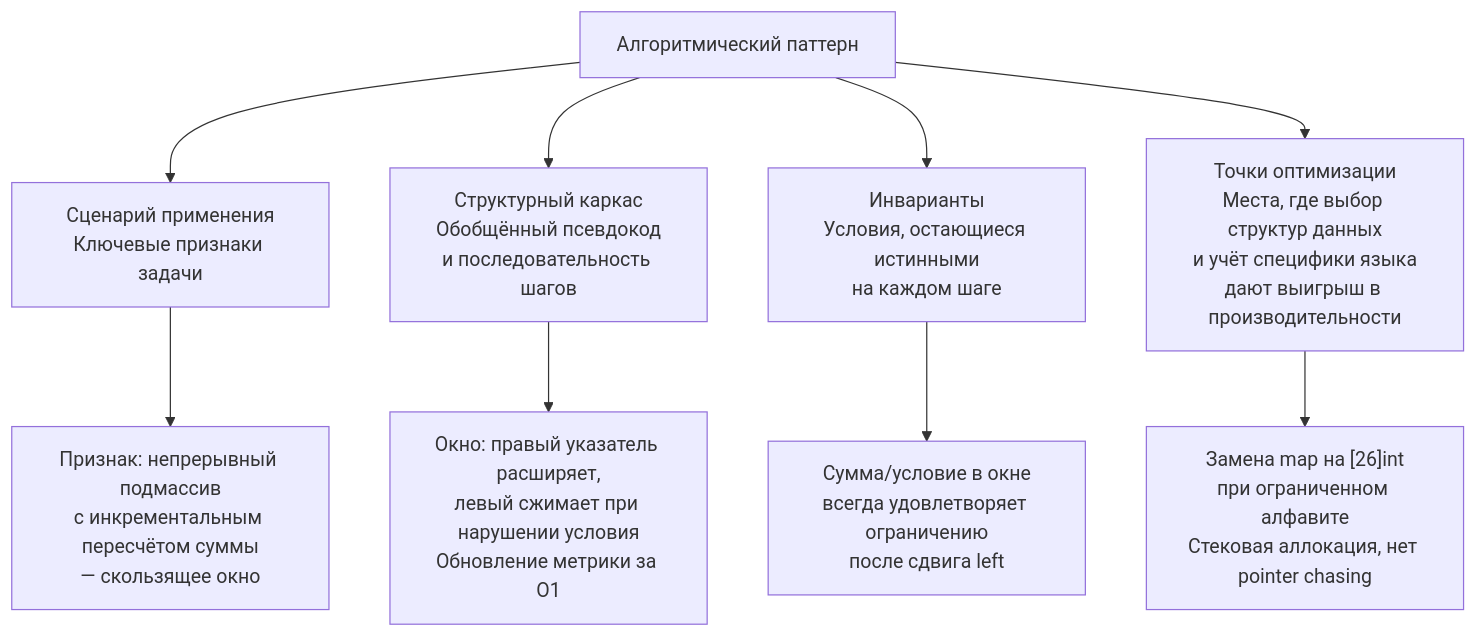
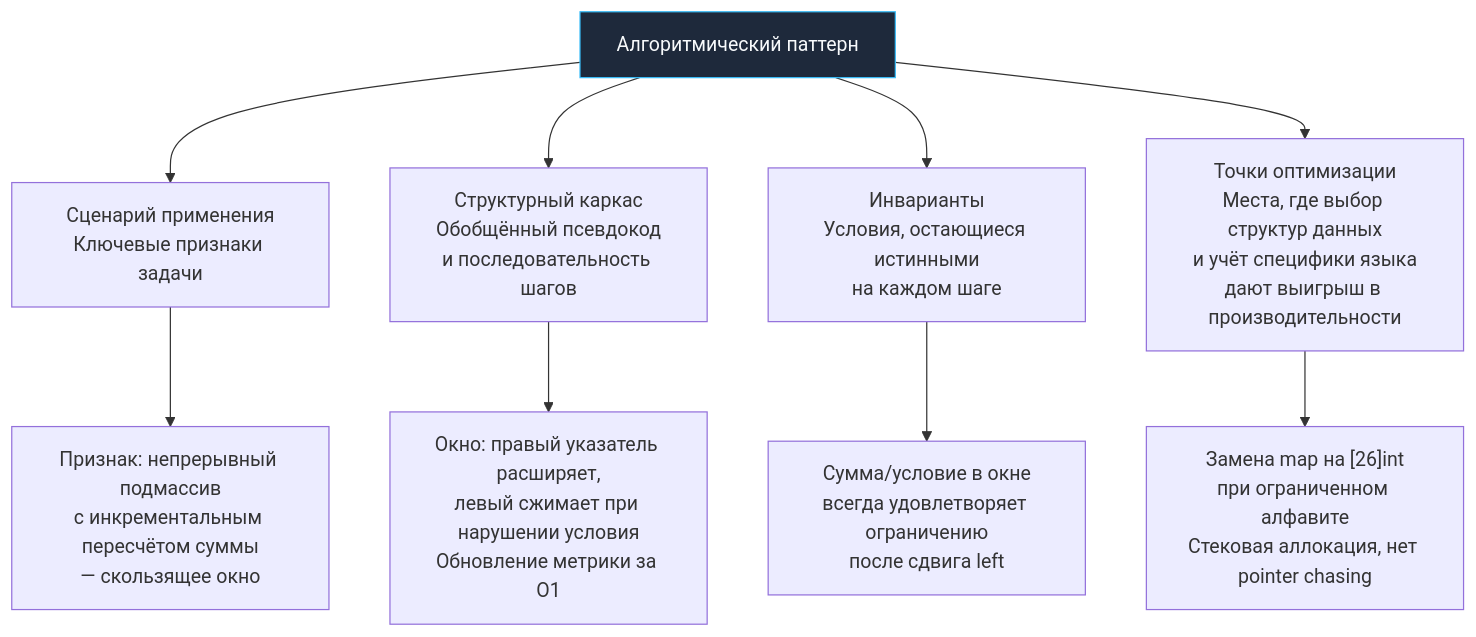
One commit to UnrealTemplier/go-textbook changed the diagram in sources/21. Задачи с LeetCode и собеседований на Go/01. Теория/8. Что такое алгоритмический паттерн.md. Above: the diagram before and after it, drawn with Mermaid. The commit also changed 1666 other files, not shown here.

First line of the commit message:
feat(mermaid): add semantic color classDef to 1369 colorless flowchart/graph diagrams

````diff
--- a/sources/21. Задачи с LeetCode и собеседований на Go/01. Теория/8. Что такое алгоритмический паттерн.md
+++ b/sources/21. Задачи с LeetCode и собеседований на Go/01. Теория/8. Что такое алгоритмический паттерн.md
@@ -49,12 +49,22 @@
 ```mermaid
 flowchart TD
-    Pattern["Алгоритмический паттерн"] --> Trigger["Сценарий применения<br>Ключевые признаки задачи"]
+    classDef process  fill:#1e293b,stroke:#38bdf8,stroke-width:1px,color:#f8fafc
+    classDef success  fill:#064e3b,stroke:#34d399,stroke-width:1px,color:#f8fafc
+    classDef error    fill:#7f1d1d,stroke:#f87171,stroke-width:1px,color:#f8fafc
+    classDef warning  fill:#78350f,stroke:#fbbf24,stroke-width:1px,color:#f8fafc
+    classDef entry    fill:#1e3a5f,stroke:#38bdf8,stroke-width:2px,color:#f8fafc
+    classDef aux      fill:#334155,stroke:#64748b,stroke-width:1px,color:#f8fafc
+    classDef system   fill:#312e81,stroke:#a78bfa,stroke-width:1px,color:#f8fafc
+    classDef data     fill:#132d29,stroke:#2dd4bf,stroke-width:1px,color:#f8fafc
+    classDef network  fill:#881337,stroke:#fb7185,stroke-width:1px,color:#f8fafc
+    classDef accent   fill:#1e1b4b,stroke:#818cf8,stroke-width:1px,color:#f8fafc
+    Pattern["Алгоритмический паттерн"]:::process --> Trigger["Сценарий применения<br>Ключевые признаки задачи"]
     Pattern --> Skeleton["Структурный каркас<br>Обобщённый псевдокод<br>и последовательность шагов"]
     Pattern --> Invariant["Инварианты<br>Условия, остающиеся истинными<br>на каждом шаге"]
     Pattern --> Optimize["Точки оптимизации<br>Места, где выбор структур данных<br>и учёт специфики языка<br>дают выигрыш в производительности"]
 
     Trigger --> Example1["Признак: непрерывный подмассив<br>с инкрементальным пересчётом суммы<br>— скользящее окно"]
     Skeleton --> Example2["Окно: правый указатель расширяет,<br>левый сжимает при нарушении условия<br>Обновление метрики за O1"]
     Invariant --> Example3["Сумма/условие в окне<br>всегда удовлетворяет ограничению<br>после сдвига left"]
     Optimize --> Example4["Замена map на [26]int<br>при ограниченном алфавите<br>Стековая аллокация, нет pointer chasing"]
 ```
````
